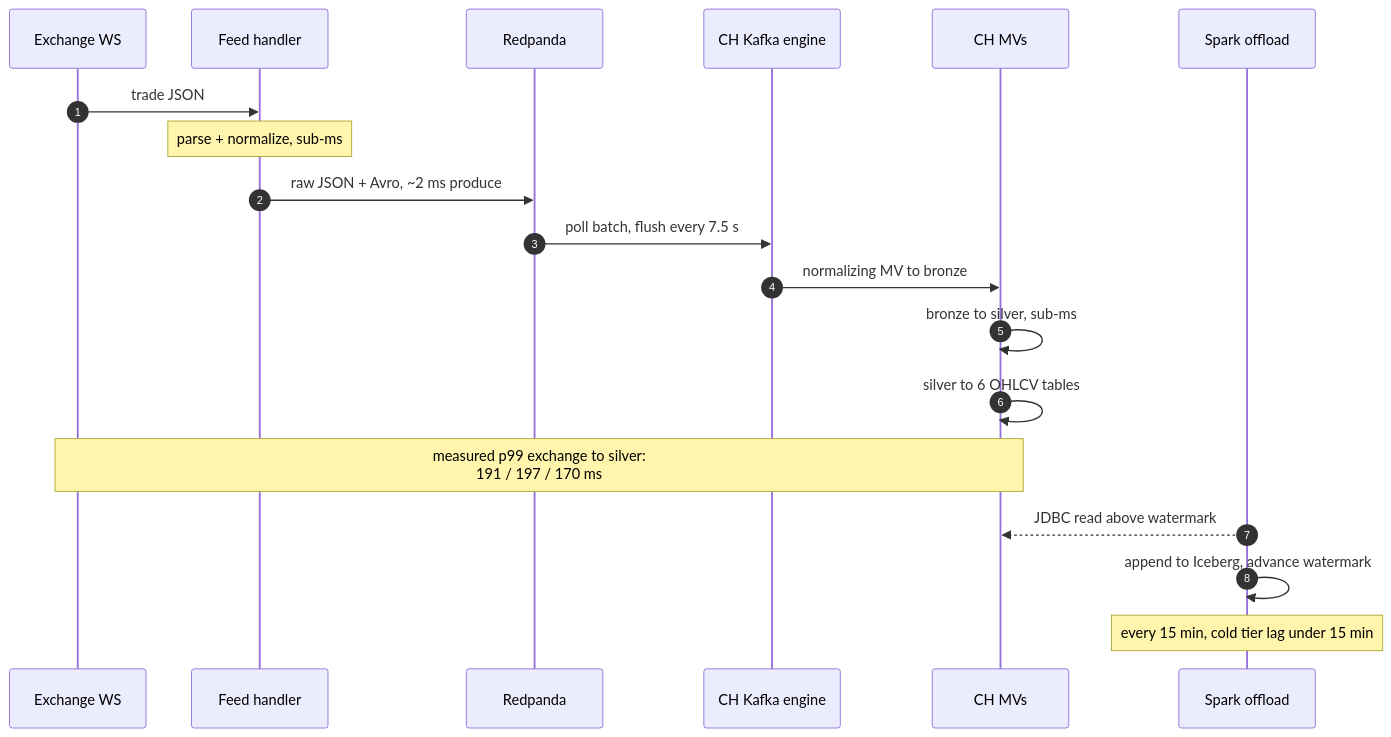
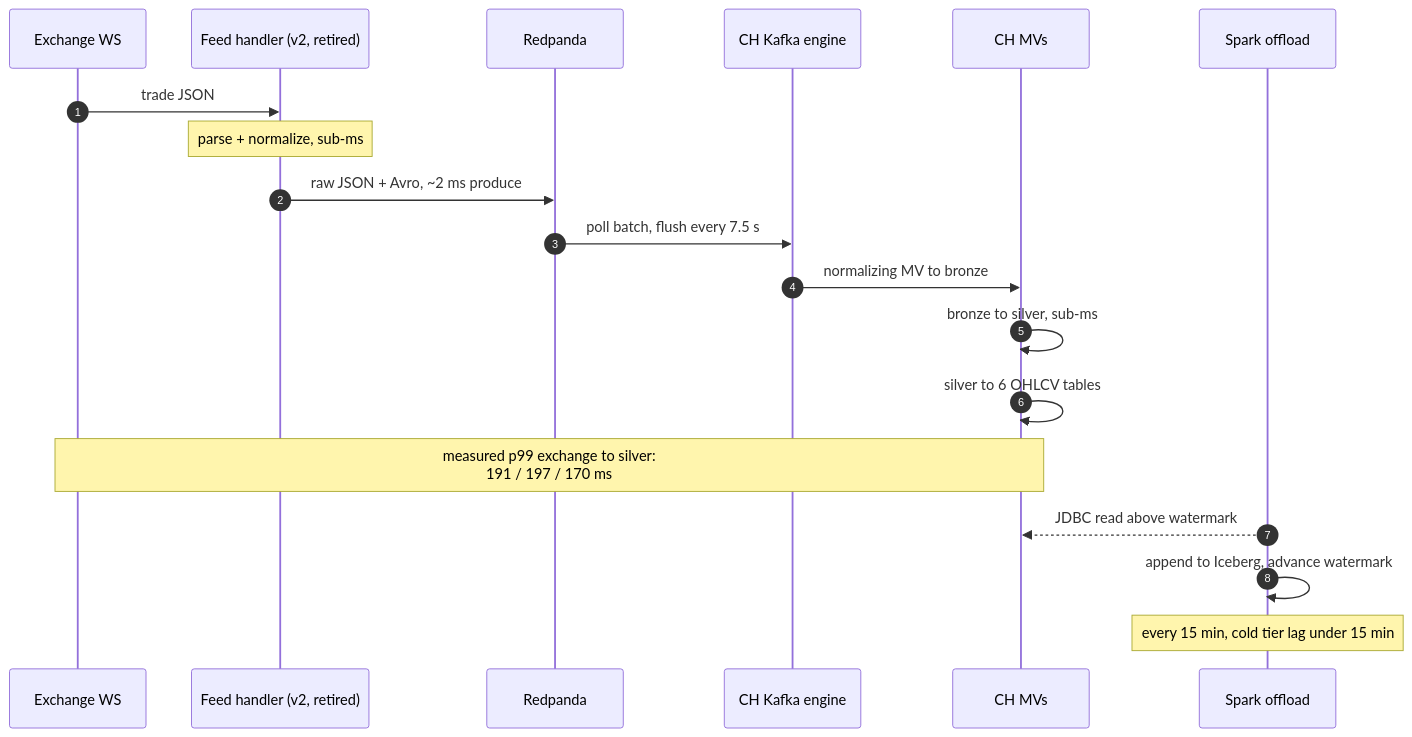
The second of 4 diagrams in docs/architecture/README.md (rjdscott/k2-market-data-platform), drawn with Mermaid before and after one commit. The commit also changed other lines of this file and 84 other files, not shown here.

````diff
--- a/docs/architecture/README.md
+++ b/docs/architecture/README.md
@@ -163,22 +162,22 @@
 ```mermaid
 sequenceDiagram
     autonumber
     participant EX as Exchange WS
-    participant FH as Feed handler
+    participant FH as Feed handler (v2, retired)
     participant RP as Redpanda
     participant KE as CH Kafka engine
     participant MV as CH MVs
     participant SP as Spark offload
 
     EX->>FH: trade JSON
     Note over FH: parse + normalize, sub-ms
     FH->>RP: raw JSON + Avro, ~2 ms produce
     RP->>KE: poll batch, flush every 7.5 s
     KE->>MV: normalizing MV to bronze
     MV->>MV: bronze to silver, sub-ms
     MV->>MV: silver to 6 OHLCV tables
     Note over EX,MV: measured p99 exchange to silver:<br/>191 / 197 / 170 ms
     SP-->>MV: JDBC read above watermark
     SP->>SP: append to Iceberg, advance watermark
     Note over SP: every 15 min, cold tier lag under 15 min
 ```
````
